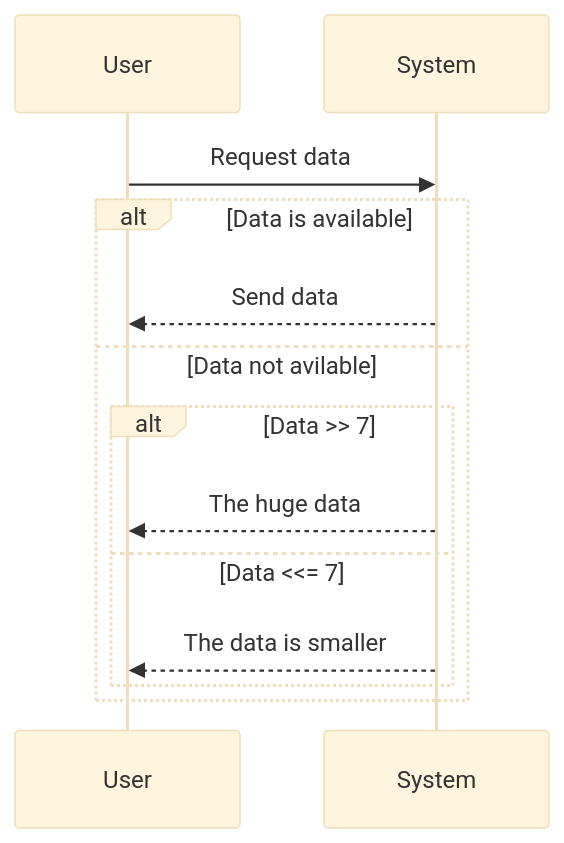
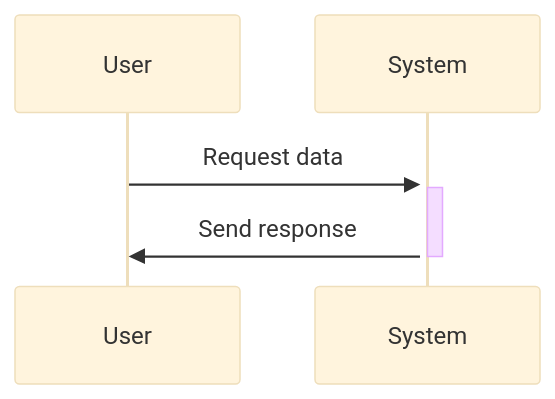
Before and after one commit to awsgroup24/demo: the diagram in README.md, drawn with Mermaid (base theme).

Commit message:
Update README.md
Activate and deactivate the sequenceDiagram

````diff
--- a/README.md
+++ b/README.md
@@ -2,16 +2,11 @@
 ```mermaid
     sequenceDiagram
-    participant A as User
-    participant B as System
-    A ->> B: Request data
-    alt Data is available
-        B-->>A: Send data
-    else Data not avilable
-        alt Data >> 7
-           B -->>A: The huge data
-        else Data <<= 7 
-           B -->>A: The data is smaller
-        end
-    end
+participant A as User
+participant B as System
+
+A->>+B: Request data
+activate B
+B->>A: Send response
+deactivate B
 
 ```
````
